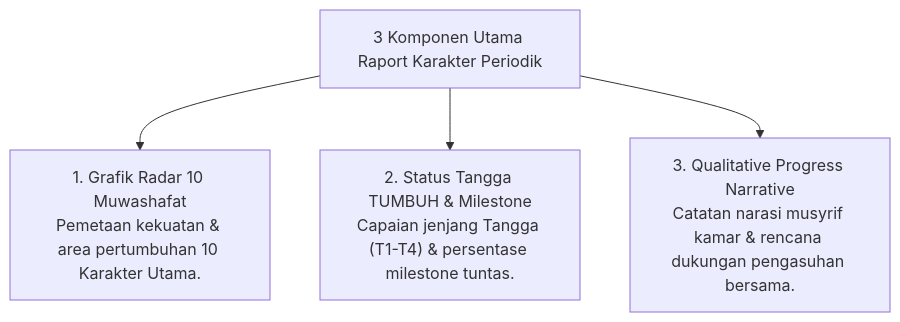
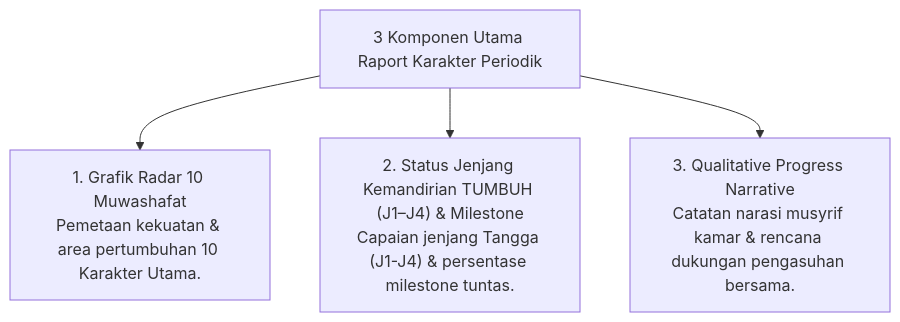
The diagram in 05 Assessment Framework/11 Reporting/P5-11-01-Spesifikasi-Raport-Karakter-Periodik-PBIS.md (wandiapriliyandi/tumbuh), drawn with Mermaid before and after one commit. The commit also changed 209 other files, not shown here.

````diff
--- a/05 Assessment Framework/11 Reporting/P5-11-01-Spesifikasi-Raport-Karakter-Periodik-PBIS.md
+++ b/05 Assessment Framework/11 Reporting/P5-11-01-Spesifikasi-Raport-Karakter-Periodik-PBIS.md
@@ -14,7 +14,7 @@
 ```mermaid
 graph TD
     RaportLayout["3 Komponen Utama Raport Karakter Periodik"]
     RaportLayout --> RadarChart["1. Grafik Radar 10 Muwashafat<br/>Pemetaan kekuatan & area pertumbuhan 10 Karakter Utama."]
-    RaportLayout --> TanggaStatus["2. Status Tangga TUMBUH & Milestone<br/>Capaian jenjang Tangga (T1-T4) & persentase milestone tuntas."]
+    RaportLayout --> TanggaStatus["2. Status Jenjang Kemandirian TUMBUH (J1–J4) & Milestone<br/>Capaian jenjang Tangga (J1-J4) & persentase milestone tuntas."]
     RaportLayout --> MusyrifNarrative["3. Qualitative Progress Narrative<br/>Catatan narasi musyrif kamar & rencana dukungan pengasuhan bersama."]
 ```
````
